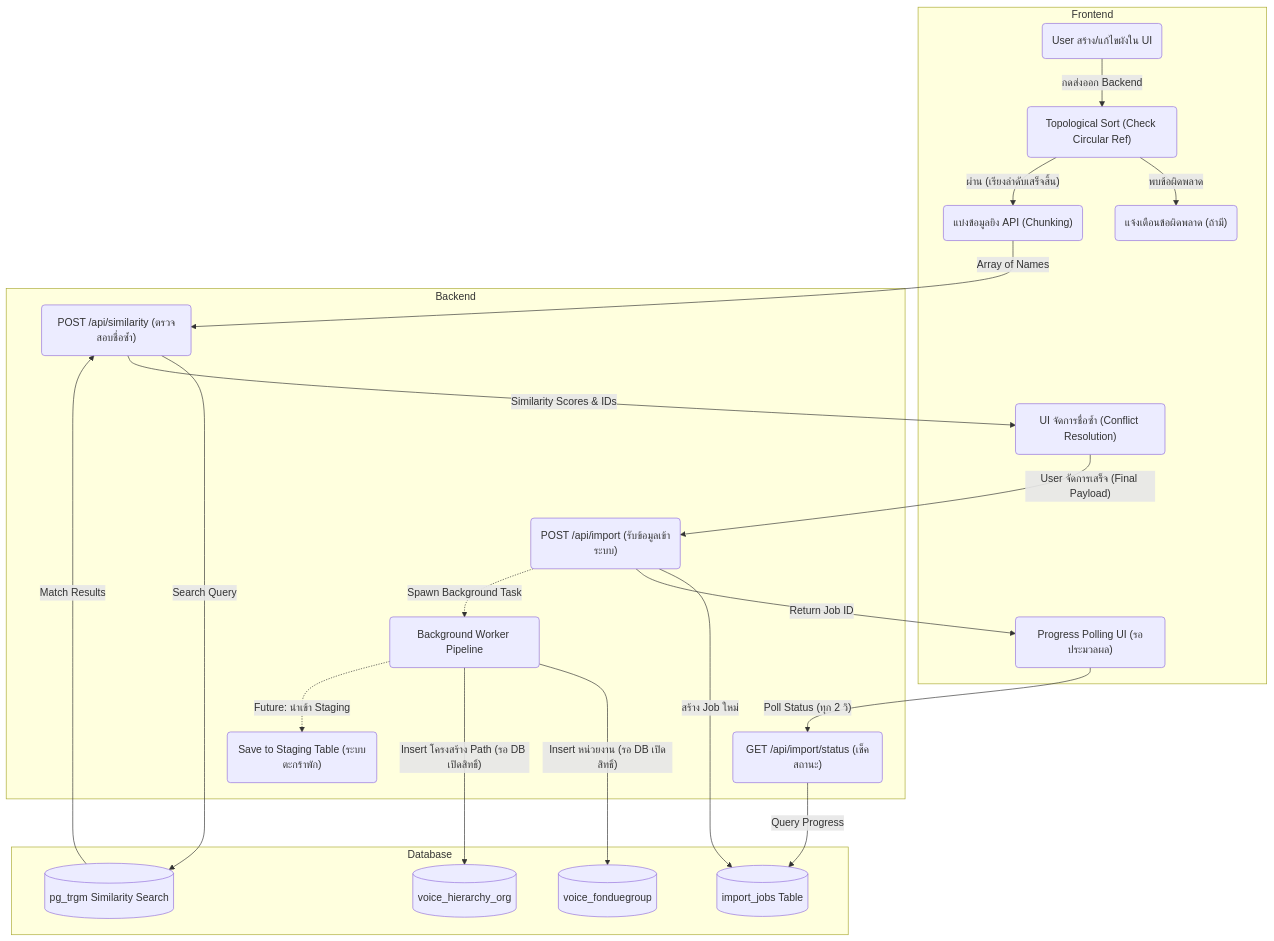
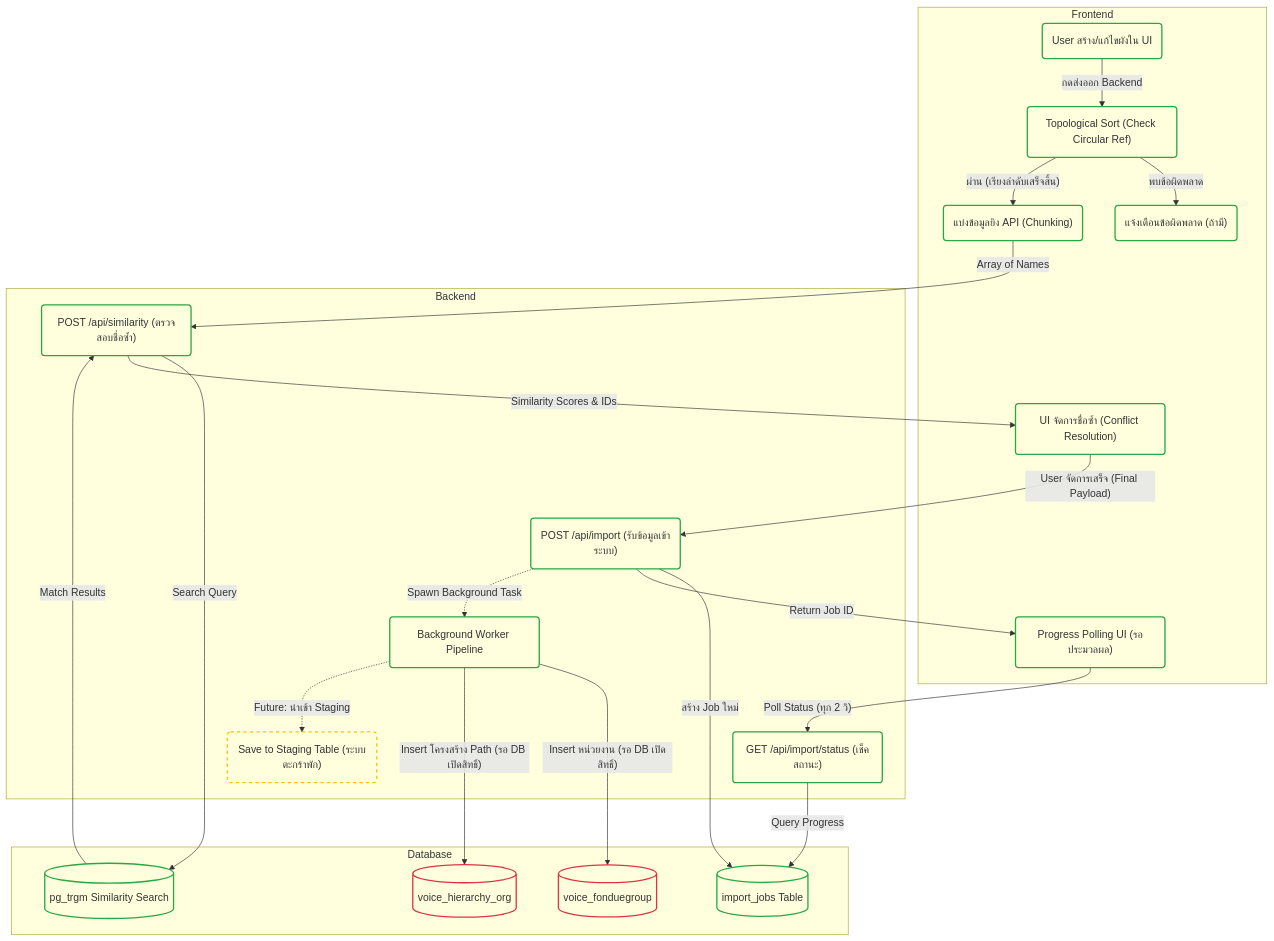
The first of 2 diagrams in README.md (traffy-nectec/org-chart-creation), drawn with Mermaid before and after one commit. The commit also changed other lines of this file, not shown here.

Commit message:
docs: restore colors to diagrams with transparent fill for dark mode support

````diff
--- a/README.md
+++ b/README.md
@@ -101,49 +101,52 @@
 ```mermaid
 flowchart TD
+    classDef completed fill:transparent,stroke:#28a745,stroke-width:2px;
+    classDef pending fill:transparent,stroke:#ffc107,stroke-width:2px,stroke-dasharray: 5 5;
+    classDef waiting fill:transparent,stroke:#dc3545,stroke-width:2px;
 
     subgraph Frontend
-        A("User สร้าง/แก้ไขผังใน UI")
-        B("Topological Sort (Check Circular Ref)")
-        C("แจ้งเตือนข้อผิดพลาด (ถ้ามี)")
-        D("แบ่งข้อมูลยิง API (Chunking)")
-        E("UI จัดการชื่อซ้ำ (Conflict Resolution)")
-        F("Progress Polling UI (รอประมวลผล)")
+        A("User สร้าง/แก้ไขผังใน UI"):::completed
+        B("Topological Sort (Check Circular Ref)"):::completed
+        C("แจ้งเตือนข้อผิดพลาด (ถ้ามี)"):::completed
+        D("แบ่งข้อมูลยิง API (Chunking)"):::completed
+        E("UI จัดการชื่อซ้ำ (Conflict Resolution)"):::completed
+        F("Progress Polling UI (รอประมวลผล)"):::completed
     end
 
     subgraph Backend
-        G("POST /api/similarity (ตรวจสอบชื่อซ้ำ)")
-        H("POST /api/import (รับข้อมูลเข้าระบบ)")
-        I("GET /api/import/status (เช็คสถานะ)")
-        J("Background Worker Pipeline")
-        M("Save to Staging Table (ระบบตะกร้าพัก)")
+        G("POST /api/similarity (ตรวจสอบชื่อซ้ำ)"):::completed
+        H("POST /api/import (รับข้อมูลเข้าระบบ)"):::completed
+        I("GET /api/import/status (เช็คสถานะ)"):::completed
+        J("Background Worker Pipeline"):::completed
+        M("Save to Staging Table (ระบบตะกร้าพัก)"):::pending
     end
 
     subgraph Database
-        K[("pg_trgm Similarity Search")]
-        L[("import_jobs Table")]
-        N[("voice_fonduegroup")]
-        O[("voice_hierarchy_org")]
+        K[("pg_trgm Similarity Search")]:::completed
+        L[("import_jobs Table")]:::completed
+        N[("voice_fonduegroup")]:::waiting
+        O[("voice_hierarchy_org")]:::waiting
     end
 
     A -->|"กดส่งออก Backend"| B
     B -->|"พบข้อผิดพลาด"| C
     B -->|"ผ่าน (เรียงลำดับเสร็จสิ้น)"| D
     
     D -->|"Array of Names"| G
     G -->|"Search Query"| K
     K -->|"Match Results"| G
     G -->|"Similarity Scores & IDs"| E
     
     E -->|"User จัดการเสร็จ (Final Payload)"| H
     H -->|"สร้าง Job ใหม่"| L
     H -->|"Return Job ID"| F
     F -->|"Poll Status (ทุก 2 วิ)"| I
     I -->|"Query Progress"| L
     
     H -.->|"Spawn Background Task"| J
     J -->|"Insert หน่วยงาน (รอ DB เปิดสิทธิ์)"| N
     J -->|"Insert โครงสร้าง Path (รอ DB เปิดสิทธิ์)"| O
     
     %% Future Roadmap
     J -.->|"Future: นำเข้า Staging"| M
 ```
````
